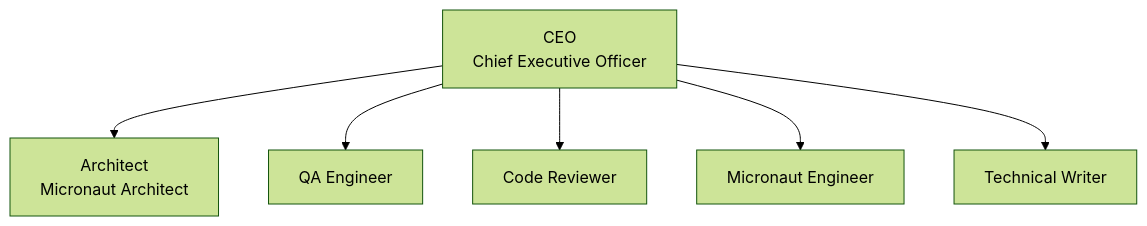
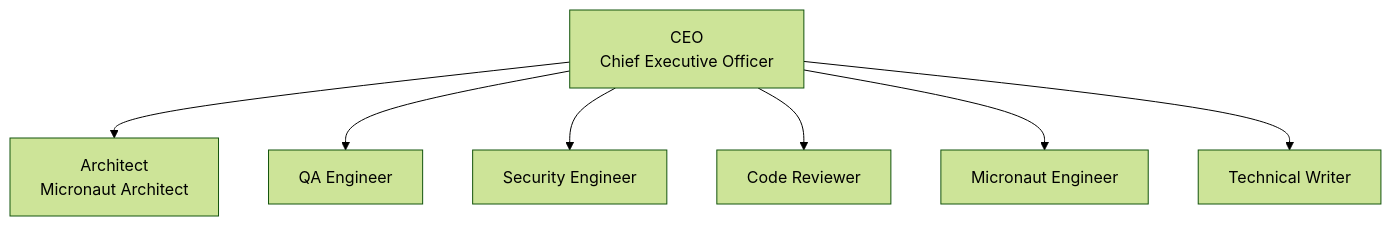
One commit to alvarosanchez/micronaut-agent-company changed the diagram in README.md. Above: the diagram before and after it, drawn with Mermaid (forest theme). The commit also changed other lines of this file and 15 other files, not shown here.

Commit message:
Add Security Engineer review gate

````diff
--- a/README.md
+++ b/README.md
@@ -87,15 +89,17 @@
 ```mermaid
 flowchart TD
     CEO["CEO<br/>Chief Executive Officer"]
     Architect["Architect<br/>Micronaut Architect"]
     QA["QA Engineer"]
+    Security["Security Engineer"]
     Reviewer["Code Reviewer"]
     Engineer["Micronaut Engineer"]
     Writer["Technical Writer"]
 
     CEO --> Architect
     CEO --> QA
+    CEO --> Security
     CEO --> Reviewer
     CEO --> Engineer
     CEO --> Writer
 ```
````
